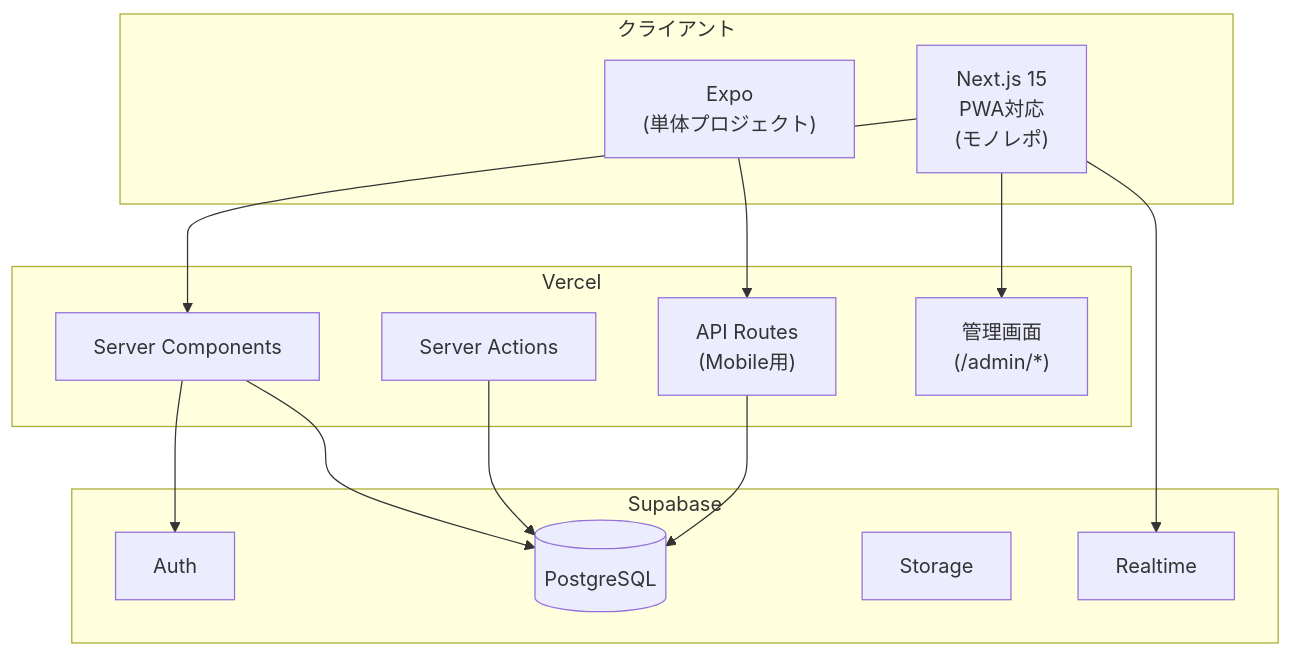
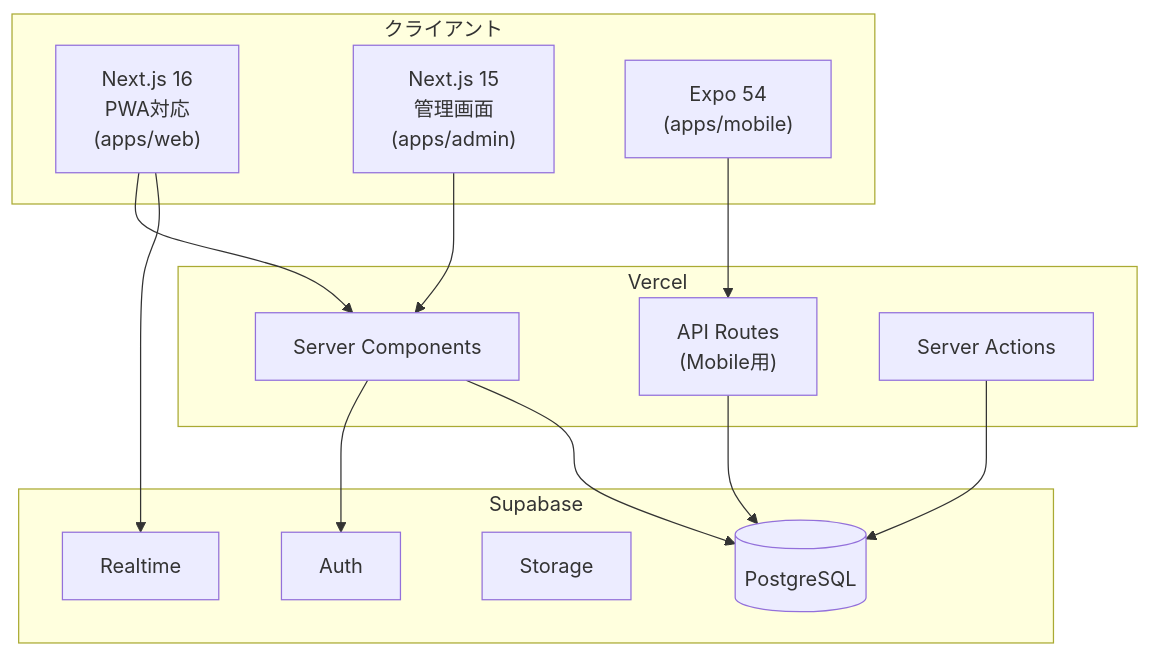
One commit to shinji-hayamizu/ReSave changed the first of 6 diagrams in docs/requirements/architecture.md. Above: the diagram before and after it, drawn with Mermaid. The commit also changed other lines of this file and 32 other files, not shown here.

````diff
--- a/docs/requirements/architecture.md
+++ b/docs/requirements/architecture.md
@@ -12,30 +12,30 @@
 ```mermaid
 flowchart TB
     subgraph Client["クライアント"]
-        Web["Next.js 15<br/>PWA対応<br/>(モノレポ)"]
-        Mobile["Expo<br/>(単体プロジェクト)"]
+        Web["Next.js 16<br/>PWA対応<br/>(apps/web)"]
+        Admin["Next.js 15<br/>管理画面<br/>(apps/admin)"]
+        Mobile["Expo 54<br/>(apps/mobile)"]
     end
 
     subgraph Vercel["Vercel"]
         SSR["Server Components"]
         API["API Routes<br/>(Mobile用)"]
         Actions["Server Actions"]
-        Admin["管理画面<br/>(/admin/*)"]
     end
 
     subgraph Supabase["Supabase"]
         Auth["Auth"]
         DB[("PostgreSQL")]
         Storage["Storage"]
         Realtime["Realtime"]
     end
 
     Web --> SSR
-    Web --> Admin
+    Admin --> SSR
     Mobile --> API
     SSR --> Auth
     SSR --> DB
     Actions --> DB
     API --> DB
     Web --> Realtime
 ```
````
